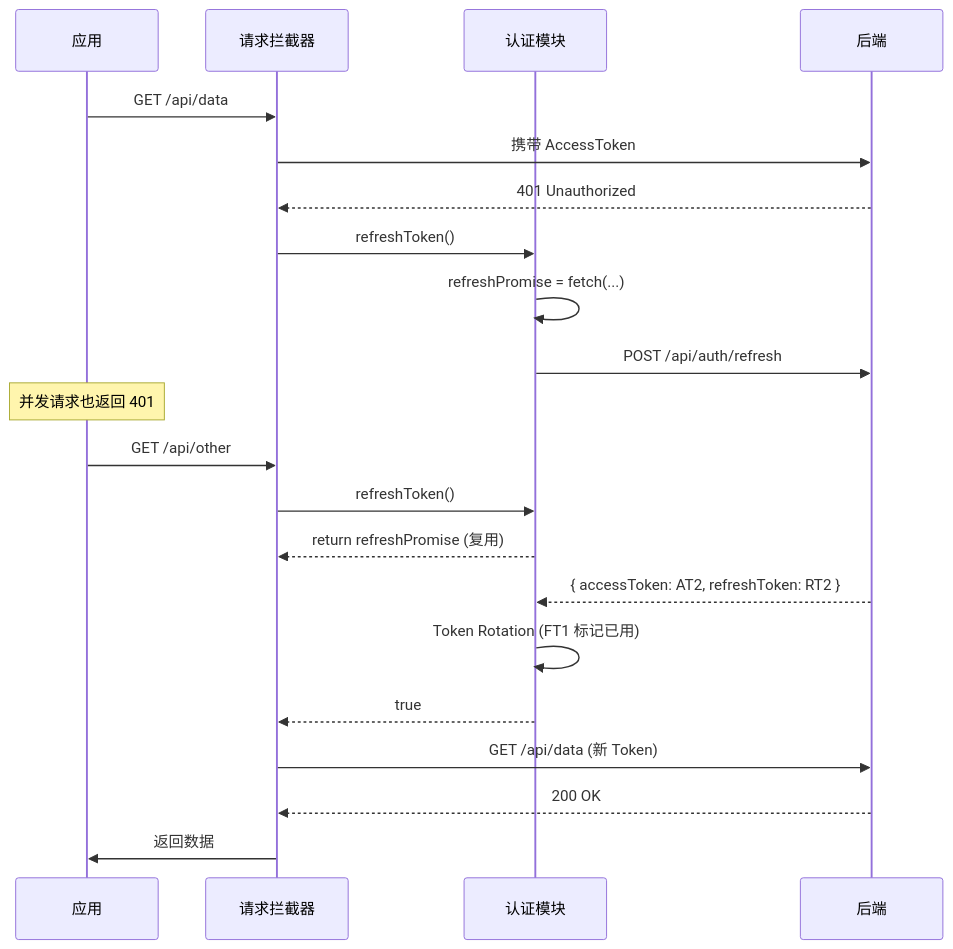
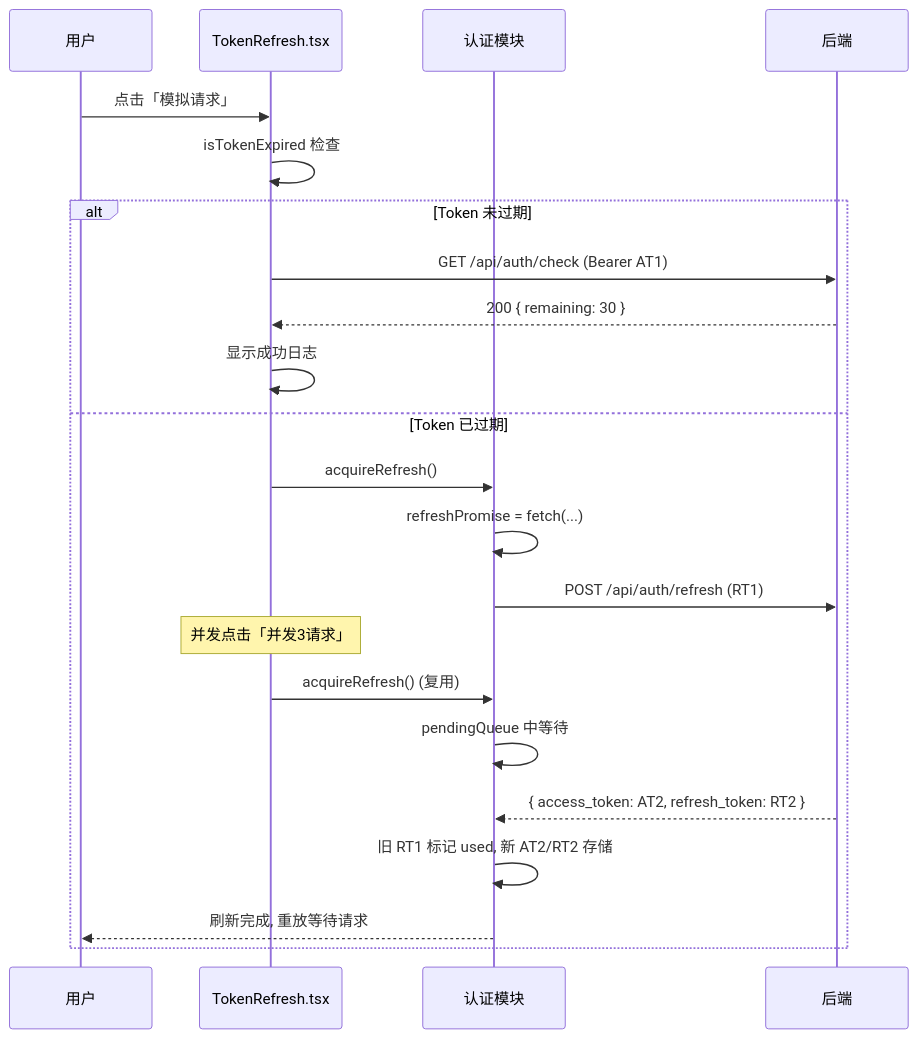
Diagram 17 of 46 in docs/面试亮点.md (KMaybe01/interview-demo), drawn with Mermaid before and after one commit. The commit also changed other lines of this file and 3 other files, not shown here.

````diff
--- a/docs/面试亮点.md
+++ b/docs/面试亮点.md
@@ -1590,27 +1635,26 @@
 ```mermaid
 sequenceDiagram
-    participant App as 应用
-    participant Interceptor as 请求拦截器
+    participant User as 用户
+    participant Page as TokenRefresh.tsx
     participant Auth as 认证模块
     participant Server as 后端
 
-    App->>Interceptor: GET /api/data
-    Interceptor->>Server: 携带 AccessToken
-    Server-->>Interceptor: 401 Unauthorized
+    User->>Page: 点击「模拟请求」
+    Page->>Page: isTokenExpired 检查
 
-    Interceptor->>Auth: refreshToken()
-    Auth->>Auth: refreshPromise = fetch(...)
-    Auth->>Server: POST /api/auth/refresh
-    Note over App: 并发请求也返回 401
-    App->>Interceptor: GET /api/other
-    Interceptor->>Auth: refreshToken()
-    Auth-->>Interceptor: return refreshPromise (复用)
-
-    Server-->>Auth: { accessToken: AT2, refreshToken: RT2 }
-    Auth->>Auth: Token Rotation (FT1 标记已用)
-    Auth-->>Interceptor: true
-
-    Interceptor->>Server: GET /api/data (新 Token)
-    Server-->>Interceptor: 200 OK
-    Interceptor->>App: 返回数据
+    alt Token 未过期
+        Page->>Server: GET /api/auth/check (Bearer AT1)
+        Server-->>Page: 200 { remaining: 30 }
+        Page->>Page: 显示成功日志
+    else Token 已过期
+        Page->>Auth: acquireRefresh()
+        Auth->>Auth: refreshPromise = fetch(...)
+        Auth->>Server: POST /api/auth/refresh (RT1)
+        Note over Page: 并发点击「并发3请求」
+        Page->>Auth: acquireRefresh() (复用)
+        Auth->>Auth: pendingQueue 中等待
+        Server-->>Auth: { access_token: AT2, refresh_token: RT2 }
+        Auth->>Auth: 旧 RT1 标记 used, 新 AT2/RT2 存储
+        Auth-->>User: 刷新完成, 重放等待请求
+    end
 ```
````
